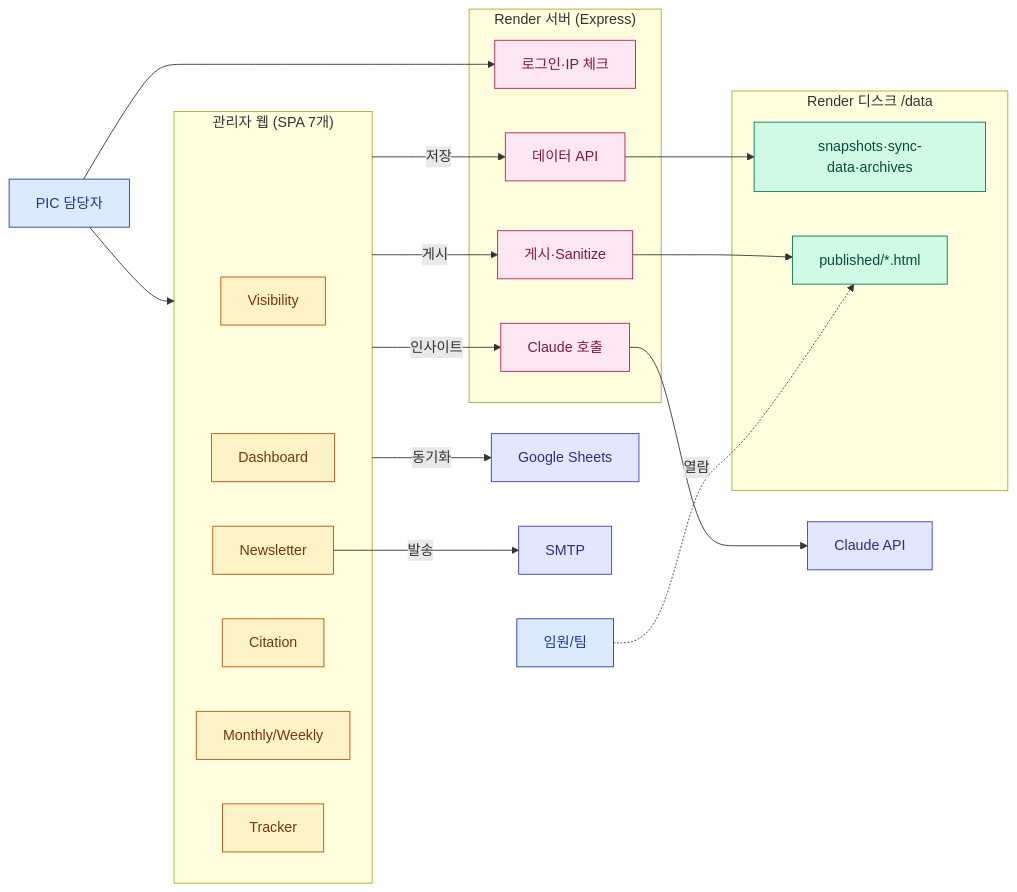
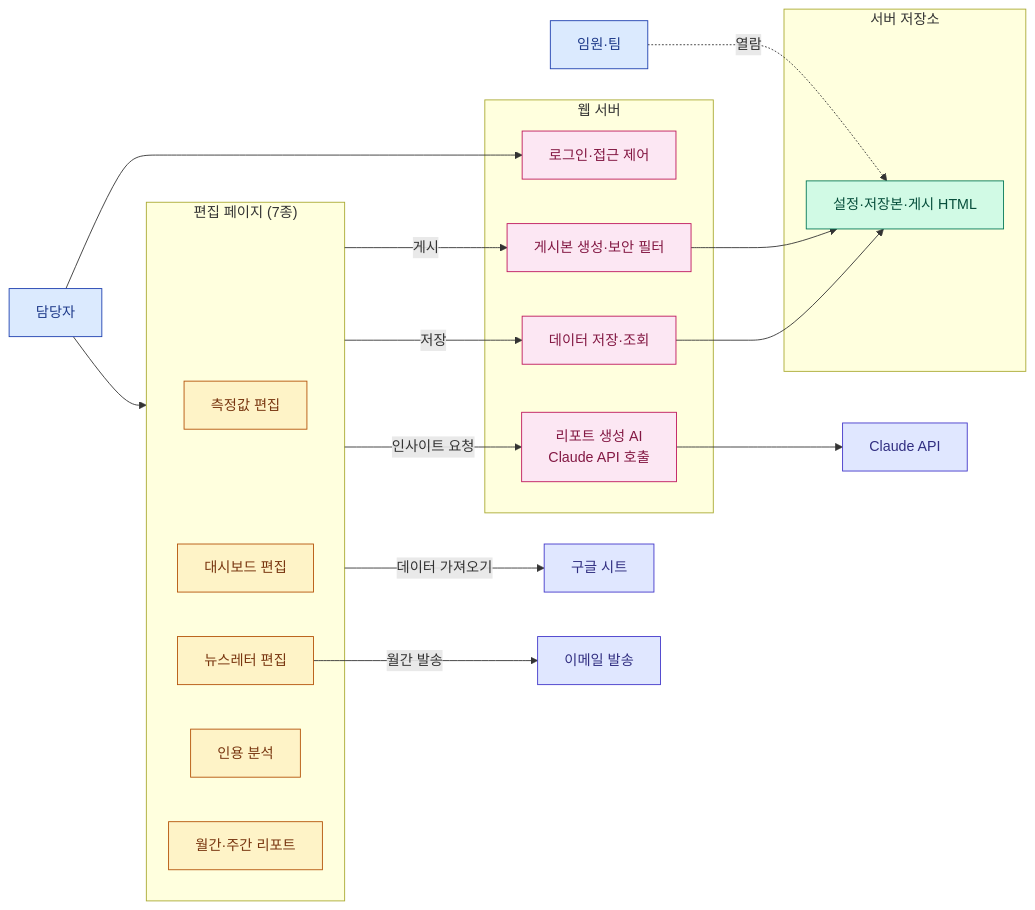
One commit to mts8787-droid/my-geo-newsletter changed the first of 5 diagrams in docs/ADMIN_PLAN.md. Above: the diagram before and after it, drawn with Mermaid. The commit also changed other lines of this file, not shown here.

First line of the commit message:
docs: ADMIN_PLAN v6 — 월간 뉴스레터·프롬프트 통합·지식 허브 RAG·리포트 생성 에이전트

````diff
--- a/docs/ADMIN_PLAN.md
+++ b/docs/ADMIN_PLAN.md
@@ -63,45 +162,43 @@
 ```mermaid
 flowchart LR
   classDef user fill:#DBEAFE,stroke:#1E40AF,color:#1E3A8A
   classDef edit fill:#FEF3C7,stroke:#B45309,color:#78350F
-  classDef server fill:#FCE7F3,stroke:#BE185D,color:#831843
+  classDef web fill:#FCE7F3,stroke:#BE185D,color:#831843
   classDef store fill:#D1FAE5,stroke:#047857,color:#064E3B
   classDef ext fill:#E0E7FF,stroke:#4338CA,color:#312E81
 
-  PIC[PIC 담당자]:::user
-  Exec[임원/팀]:::user
+  PIC[담당자]:::user
+  Exec[임원·팀]:::user
 
-  subgraph Editor["관리자 웹 (SPA 7개)"]
-    VE[Visibility]:::edit
-    DE[Dashboard]:::edit
-    NE[Newsletter]:::edit
-    CE[Citation]:::edit
-    MR[Monthly/Weekly]:::edit
-    PT[Tracker]:::edit
+  subgraph Editor["편집 페이지 (7종)"]
+    VE[측정값 편집]:::edit
+    DE[대시보드 편집]:::edit
+    NE[뉴스레터 편집]:::edit
+    CE[인용 분석]:::edit
+    MR[월간·주간 리포트]:::edit
   end
 
-  subgraph Server["Render 서버 (Express)"]
-    Auth[로그인·IP 체크]:::server
-    API[데이터 API]:::server
-    Pub[게시·Sanitize]:::server
-    AI[Claude 호출]:::server
+  subgraph Web["웹 서버"]
+    Auth[로그인·접근 제어]:::web
+    API[데이터 저장·조회]:::web
+    Pub[게시본 생성·보안 필터]:::web
+    Agent[리포트 생성 AI<br/>Claude API 호출]:::web
   end
 
-  subgraph Disk["Render 디스크 /data"]
-    JSON[snapshots·sync-data·archives]:::store
-    HTML[published/*.html]:::store
+  subgraph Data["서버 저장소"]
+    Files[설정·저장본·게시 HTML]:::store
   end
 
-  GS[Google Sheets]:::ext
-  SMTP[SMTP]:::ext
-  Cl[Claude API]:::ext
+  GS[구글 시트]:::ext
+  Mail[이메일 발송]:::ext
+  Claude[Claude API]:::ext
 
   PIC --> Auth
   PIC --> Editor
-  Editor -->|동기화| GS
-  Editor -->|저장| API --> JSON
-  Editor -->|인사이트| AI --> Cl
-  Editor -->|게시| Pub --> HTML
-  NE -->|발송| SMTP
-  Exec -.열람.-> HTML
+  Editor -- 데이터 가져오기 --> GS
+  Editor -- 저장 --> API --> Files
+  Editor -- 인사이트 요청 --> Agent --> Claude
+  Editor -- 게시 --> Pub --> Files
+  NE -- 월간 발송 --> Mail
+  Exec -. 열람 .-> Files
 ```
````
